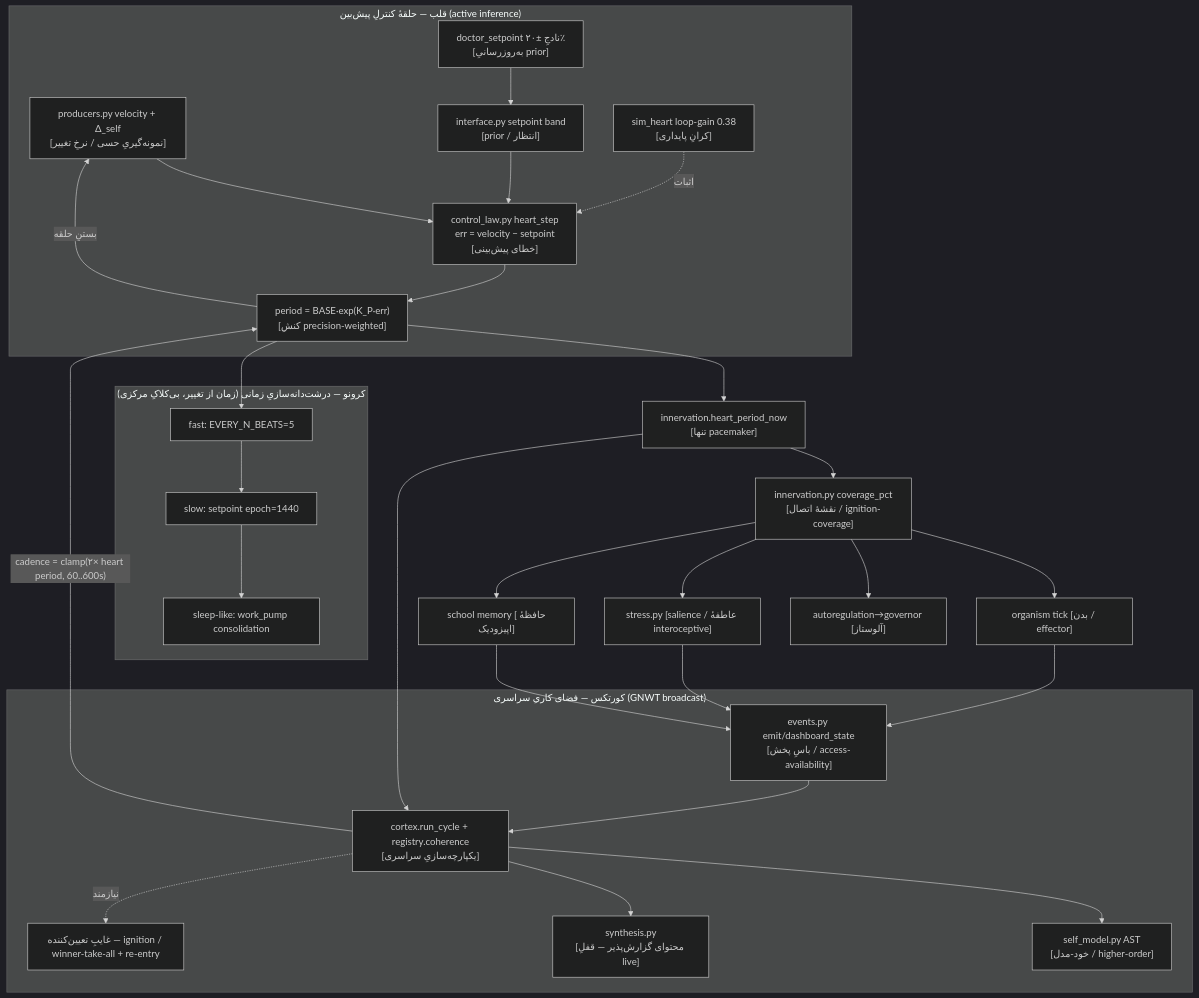
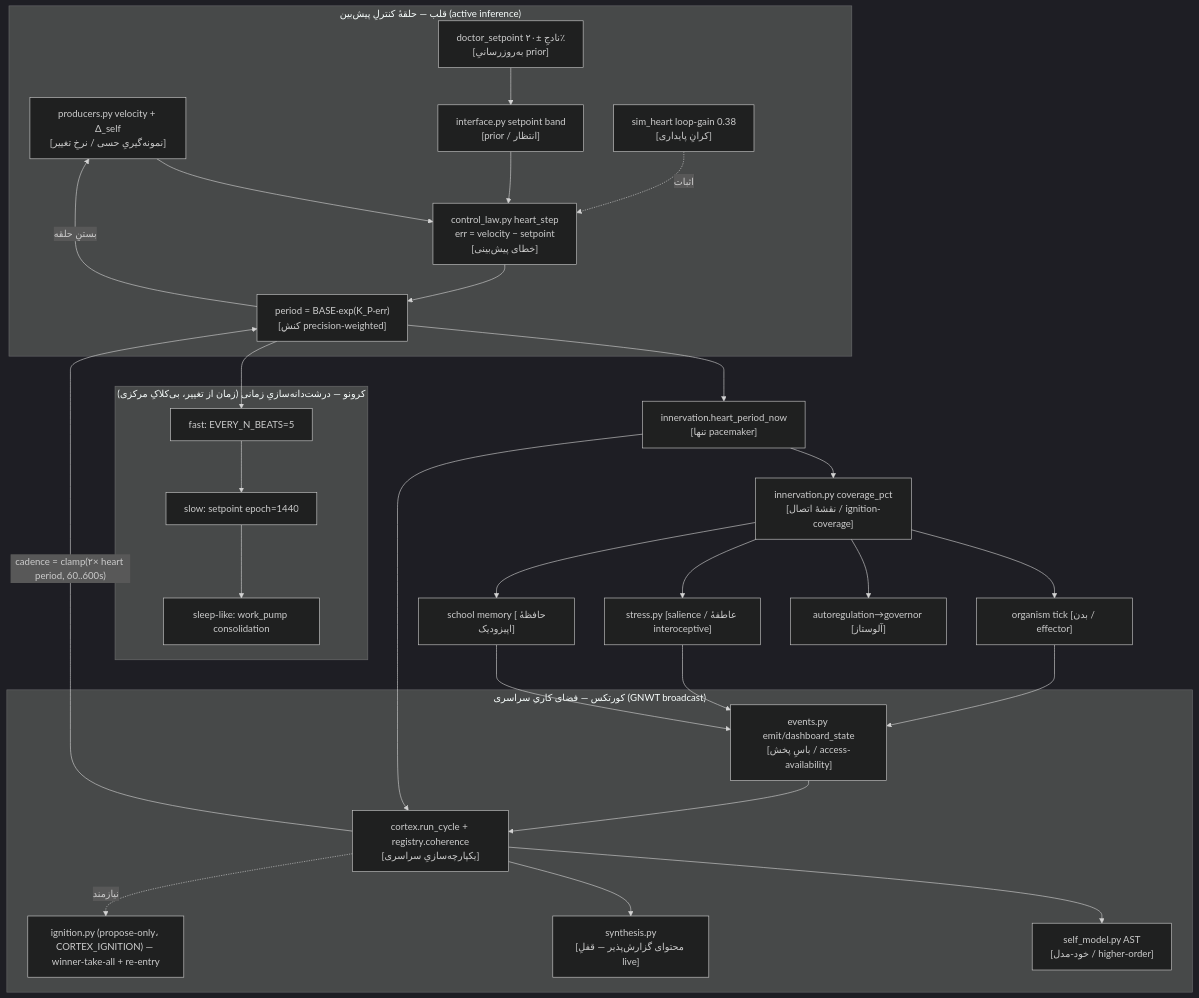
Before and after one commit to ari-OCTOPUS/ofn-node: the diagram in 06 - Architecture Maps/HEART - Neuro Map & Direction.md, drawn with Mermaid (dark theme). The commit also changed other lines of this file and 3 other files, not shown here.

First line of the commit message:
﻿feat(cortex): ignition.py — GNWT winner-take-all + re-entry (owner Q2 vote 2026-07-11)

````diff
--- a/06 - Architecture Maps/HEART - Neuro Map & Direction.md
+++ b/06 - Architecture Maps/HEART - Neuro Map & Direction.md
@@ -41,49 +41,49 @@
 ```mermaid
 flowchart TD
   subgraph HEART["قلب — حلقهٔ کنترلِ پیش‌بین (active inference)"]
     PROD["producers.py velocity + Δ_self<br/>[نمونه‌گیریِ حسی / نرخِ تغییر]"]
     SETP["interface.py setpoint band<br/>[prior / انتظار]"]
     CTRL["control_law.py heart_step<br/>err = velocity − setpoint<br/>[خطای پیش‌بینی]"]
     ACT["period = BASE·exp(K_P·err)<br/>[کنشِ precision-weighted]"]
     DOC["doctor_setpoint نادجِ ±۲۰٪<br/>[به‌روزرسانیِ prior]"]
     SIM["sim_heart loop-gain 0.38<br/>[کرانِ پایداری]"]
   end
   PROD --> CTRL
   SETP --> CTRL
   CTRL --> ACT
   ACT -->|بستنِ حلقه| PROD
   DOC --> SETP
   SIM -. اثبات .-> CTRL
 
   ACT --> HP["innervation.heart_period_now<br/>[تنها pacemaker]"]
   HP --> SPINE["innervation.py coverage_pct<br/>[نقشهٔ اتصال / ignition-coverage]"]
 
   subgraph CHRONO["کرونو — درشت‌دانه‌سازیِ زمانی (زمان از تغییر، بی‌کلاکِ مرکزی)"]
     FAST["fast: EVERY_N_BEATS=5"]
     SLOW["slow: setpoint epoch=1440"]
     CONS["sleep-like: work_pump consolidation"]
   end
   ACT --> FAST --> SLOW --> CONS
 
   SPINE --> O1["organism tick [بدن / effector]"]
   SPINE --> O2["autoregulation→governor [آلوستاز]"]
   SPINE --> O3["stress.py [salience / عاطفهٔ interoceptive]"]
   SPINE --> O4["school memory [حافظهٔ اپیزودیک]"]
 
   subgraph CORTEX["کورتکس — فضای کاریِ سراسری (GNWT broadcast)"]
     BUS["events.py emit/dashboard_state<br/>[باسِ پخش / access-availability]"]
     HUB["cortex.run_cycle + registry.coherence<br/>[یکپارچه‌سازیِ سراسری]"]
     SELF["self_model.py AST<br/>[خود-مدل / higher-order]"]
     SYN["synthesis.py<br/>[محتوای گزارش‌پذیر — قفلِ live]"]
-    IGN["غایبِ تعیین‌کننده — ignition / winner-take-all + re-entry"]
+    IGN["ignition.py (propose-only، CORTEX_IGNITION) — winner-take-all + re-entry"]
   end
   O1 --> BUS
   O3 --> BUS
   O4 --> BUS
   HP --> HUB
   BUS --> HUB
   HUB --> SELF
   HUB --> SYN
   HUB -. نیازمند .-> IGN
   HUB -->|"cadence = clamp(۲× heart period, 60..600s)"| ACT
 ```
````
